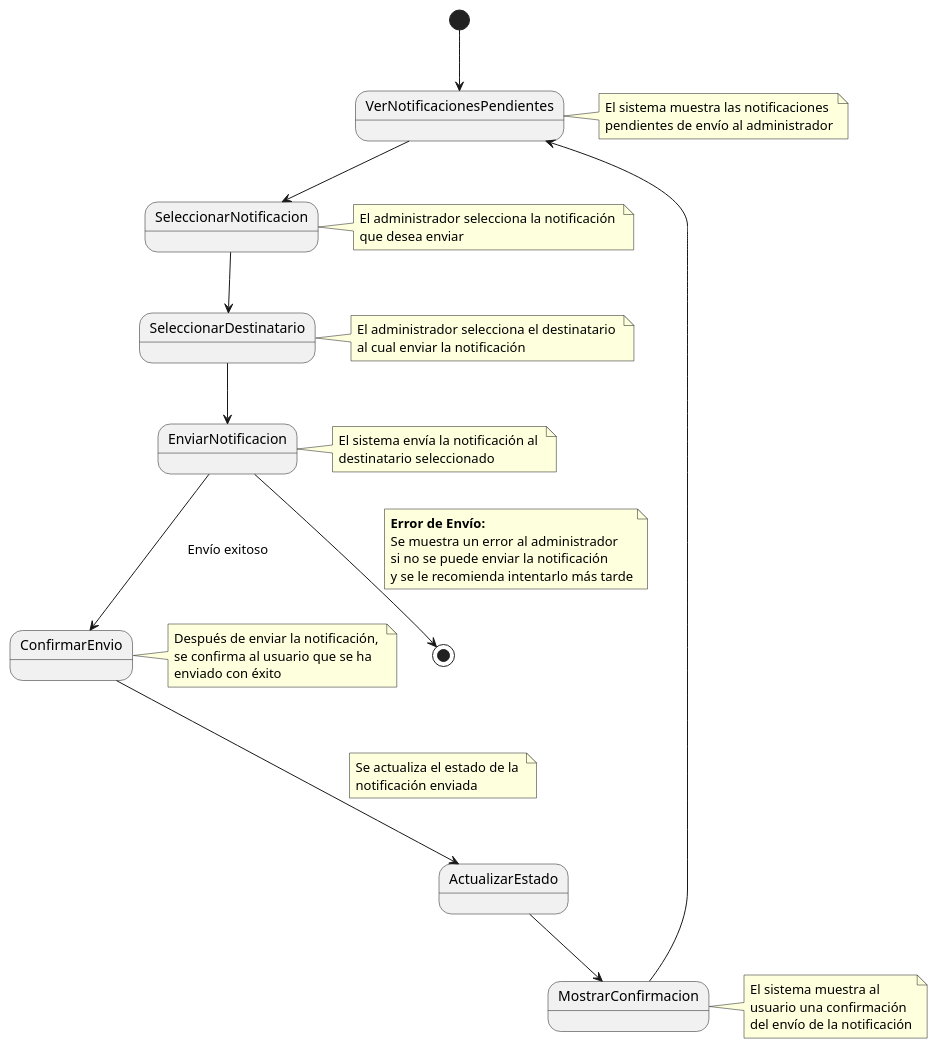
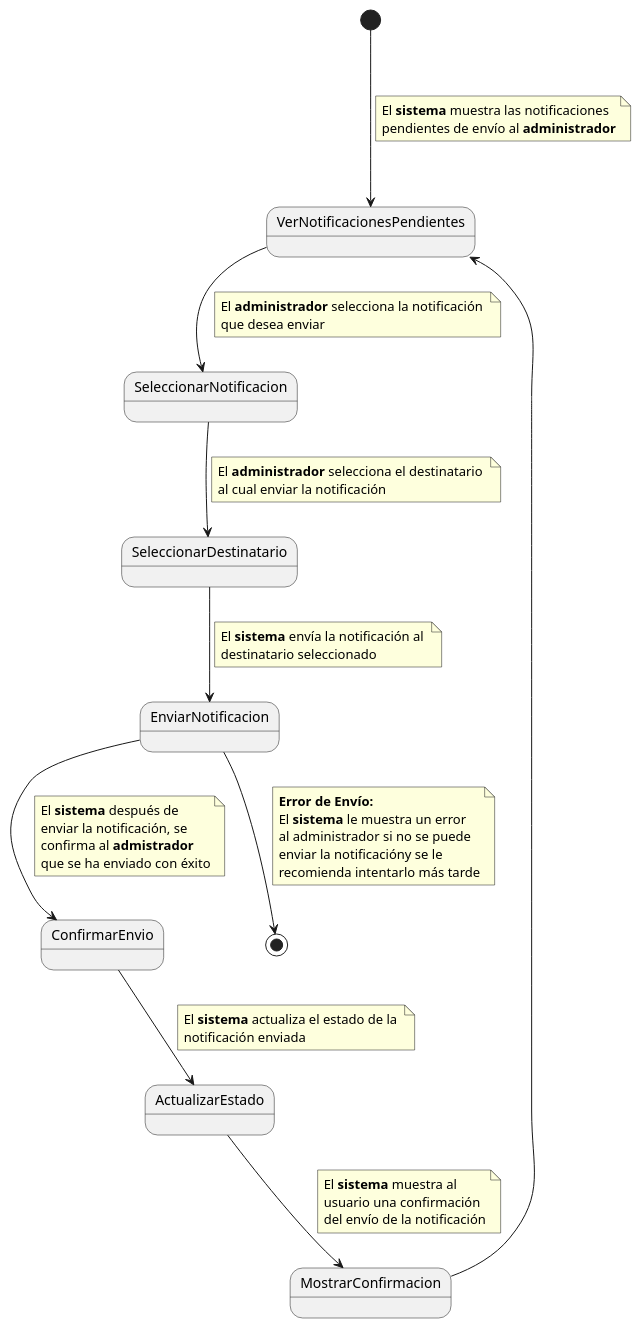
The diagram in CasosDeUso/CduDetallados/CduNotficaciones/EnviarNotificaciones.puml (pablarce/23-24-IdSw1-SDR), drawn with PlantUML before and after one commit. The commit also changed 1 other file, not shown here.

Commit message:
Cambios a CDU EnviarNotificaciones

```diff
--- a/CasosDeUso/CduDetallados/CduNotficaciones/EnviarNotificaciones.puml
+++ b/CasosDeUso/CduDetallados/CduNotficaciones/EnviarNotificaciones.puml
@@ -1,56 +1,58 @@
 @startuml
 
-[*] --> VerNotificacionesPendientes
-note right of VerNotificacionesPendientes
- El sistema muestra las notificaciones 
- pendientes de envío al administrador
+[*] ---> VerNotificacionesPendientes
+note on link
+ El **sistema** muestra las notificaciones 
+ pendientes de envío al **administrador**
 end note
 
 VerNotificacionesPendientes --> SeleccionarNotificacion
-note right of SeleccionarNotificacion
- El administrador selecciona la notificación 
+note on link
+ El **administrador** selecciona la notificación 
  que desea enviar
 end note
 
 SeleccionarNotificacion --> SeleccionarDestinatario
-note right of SeleccionarDestinatario
- El administrador selecciona el destinatario 
+note on link
+ El **administrador** selecciona el destinatario 
  al cual enviar la notificación
 end note
 
 SeleccionarDestinatario --> EnviarNotificacion
-note right of EnviarNotificacion
- El sistema envía la notificación al 
+note on link
+ El **sistema** envía la notificación al 
  destinatario seleccionado
 end note
 
-EnviarNotificacion --> ConfirmarEnvio : Envío exitoso
-note right of ConfirmarEnvio
- Después de enviar la notificación, 
- se confirma al usuario que se ha 
- enviado con éxito
+EnviarNotificacion --> ConfirmarEnvio 
+note on link
+ El **sistema** después de 
+ enviar la notificación, se 
+ confirma al **admistrador** 
+ que se ha enviado con éxito
 end note
 
 EnviarNotificacion --> [*]
 note on link
 **Error de Envío:**
-Se muestra un error al administrador 
-si no se puede enviar la notificación
-y se le recomienda intentarlo más tarde
+El **sistema** le muestra un error 
+al administrador si no se puede 
+enviar la notificacióny se le 
+recomienda intentarlo más tarde
 end note
 
-ConfirmarEnvio ---> ActualizarEstado
+ConfirmarEnvio --> ActualizarEstado
 note  on  link
-Se actualiza el estado de la 
+El **sistema** actualiza el estado de la 
 notificación enviada
 end note
 
 ActualizarEstado --> MostrarConfirmacion
-note right of MostrarConfirmacion
-El sistema muestra al 
+note on link
+El **sistema** muestra al 
 usuario una confirmación 
 del envío de la notificación
 end note
 
 MostrarConfirmacion --> VerNotificacionesPendientes
 @enduml
```
